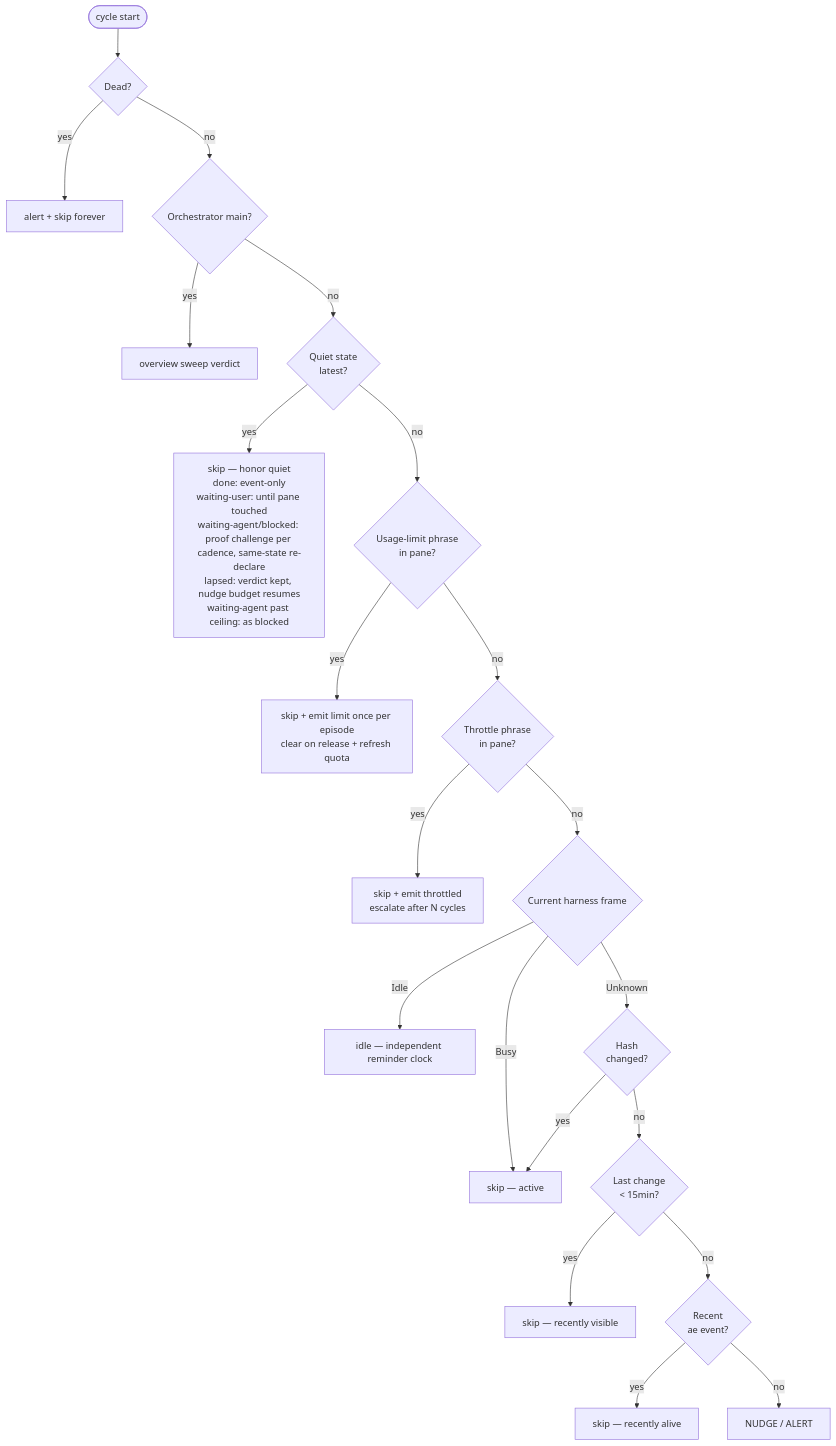
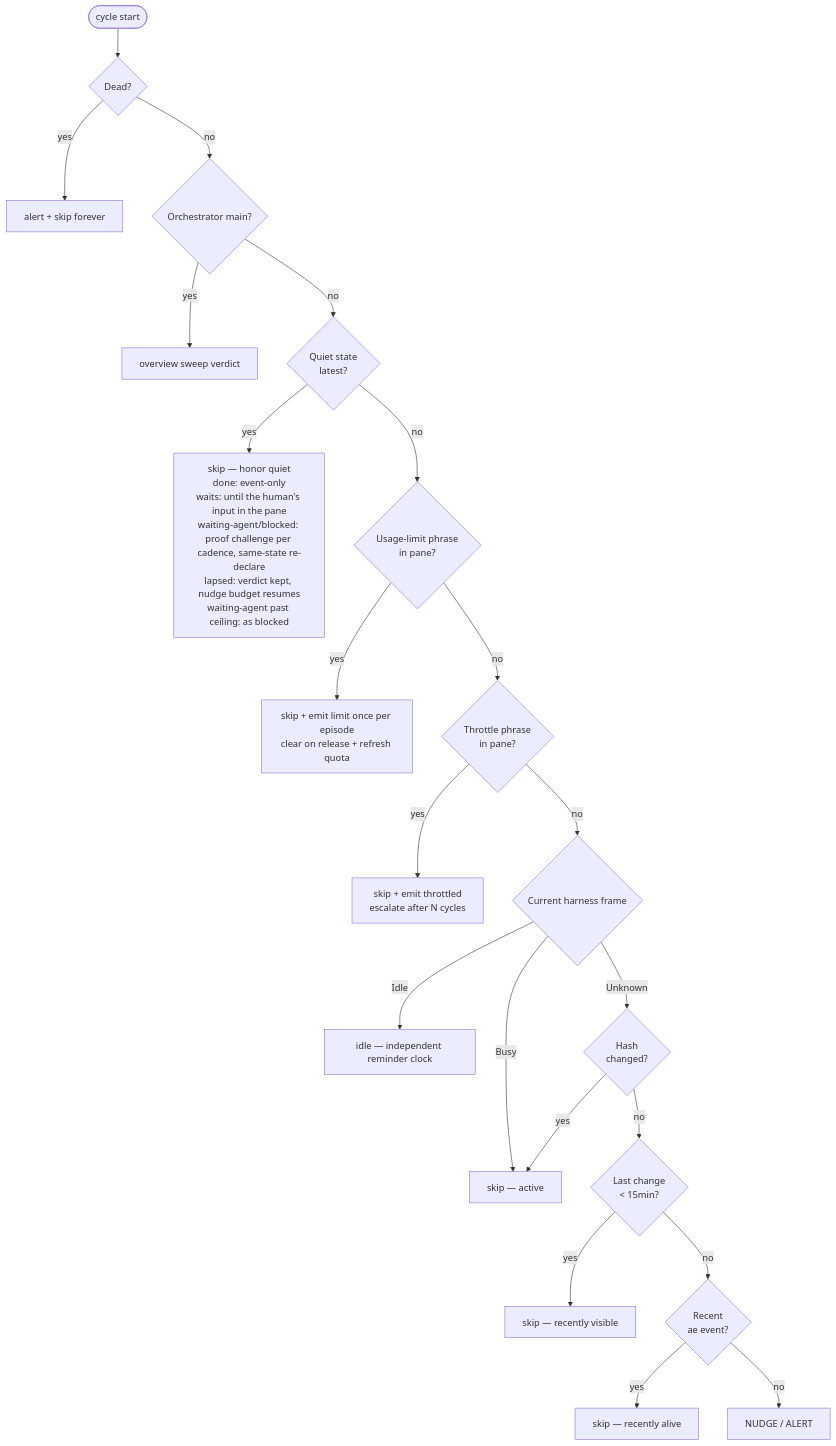
The first of 2 diagrams in docs/internals/watchdog.md (clemens33/ae), drawn with Mermaid before and after one commit. The commit also changed other lines of this file and 1 other file, not shown here.

Commit message:
Document that a wait ends on the human's input in its pane, and name what that reading cannot see

````diff
--- a/docs/internals/watchdog.md
+++ b/docs/internals/watchdog.md
@@ -297,23 +297,23 @@
 ```mermaid
 flowchart TD
     Start([cycle start]) --> Dead{Dead?}
     Dead -- yes --> AlertDead[alert + skip forever]
     Dead -- no --> Meta{Orchestrator main?}
     Meta -- yes --> Sweep[overview sweep verdict]
     Meta -- no --> Done{Quiet state<br/>latest?}
-    Done -- yes --> SkipDone[skip — honor quiet<br/>done: event-only<br/>waiting-user: until pane touched<br/>waiting-agent/blocked: proof challenge per cadence, same-state re-declare<br/>lapsed: verdict kept, nudge budget resumes<br/>waiting-agent past ceiling: as blocked]
+    Done -- yes --> SkipDone[skip — honor quiet<br/>done: event-only<br/>waits: until the human's input in the pane<br/>waiting-agent/blocked: proof challenge per cadence, same-state re-declare<br/>lapsed: verdict kept, nudge budget resumes<br/>waiting-agent past ceiling: as blocked]
     Done -- no --> Limit{Usage-limit phrase<br/>in pane?}
     Limit -- yes --> SkipLimit[skip + emit limit once per episode<br/>clear on release + refresh quota]
     Limit -- no --> Throttled{Throttle phrase<br/>in pane?}
     Throttled -- yes --> SkipThrottle[skip + emit throttled<br/>escalate after N cycles]
     Throttled -- no --> Frame{Current harness frame}
     Frame -- Busy --> MarkActive[working — clear stale alert]
     Frame -- Idle --> MarkIdle[idle — independent reminder clock]
     Frame -- Unknown --> Active{Hash<br/>changed?}
     Active -- yes --> MarkActive[skip — active]
     Active -- no --> RecentVis{Last change<br/>&lt; 15min?}
     RecentVis -- yes --> SkipVis[skip — recently visible]
     RecentVis -- no --> RecentAlive{Recent<br/>ae event?}
     RecentAlive -- yes --> SkipAlive[skip — recently alive]
     RecentAlive -- no --> Stale[NUDGE / ALERT]
 ```
````
